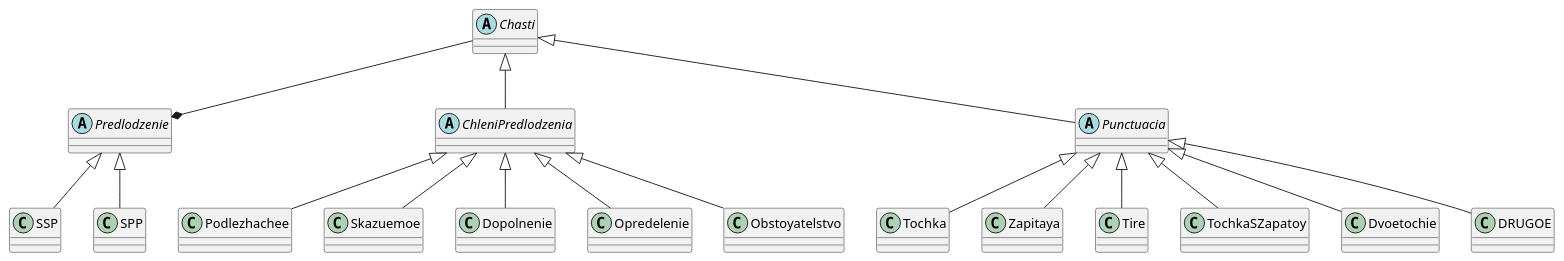
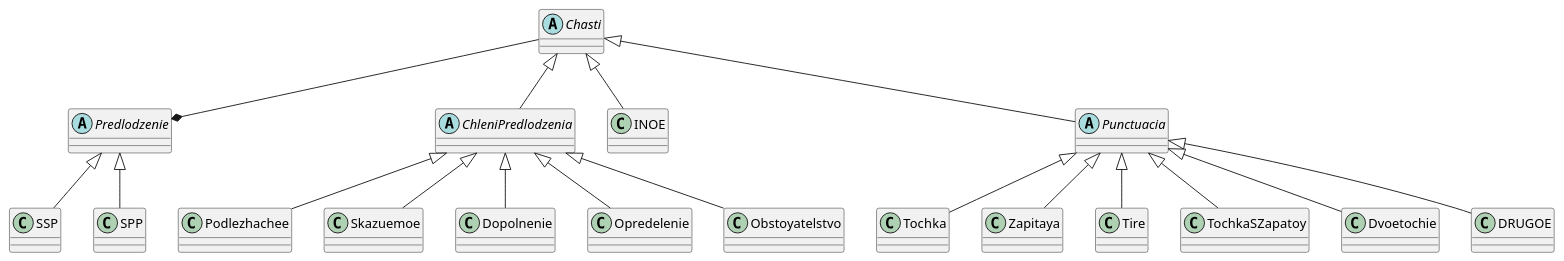
Before and after one commit to iipokypatop/misot: the diagram in src/RussianSyntacsis/Predlozhenie/uml.puml, drawn with PlantUML.

Commit message:
Построение UML диаграммы

```diff
--- a/src/RussianSyntacsis/Predlozhenie/uml.puml
+++ b/src/RussianSyntacsis/Predlozhenie/uml.puml
@@ -1,33 +1,35 @@
 @startuml
 
 abstract class Predlodzenie
 
 
 class SSP extends Predlodzenie
 
 class SPP extends Predlodzenie
 
 abstract class Chasti
 
 Chasti--*Predlodzenie
 
 abstract class ChleniPredlodzenia extends Chasti
+class INOE extends Chasti
+abstract class Punctuacia extends Chasti
 
-abstract class Punctuacia extends Chasti
+
 
 class Tochka extends Punctuacia
 class Zapitaya extends Punctuacia
 class Tire extends Punctuacia
 class TochkaSZapatoy extends Punctuacia
 class Dvoetochie extends Punctuacia
 class DRUGOE extends Punctuacia
 
 class Podlezhachee extends ChleniPredlodzenia
 class Skazuemoe extends ChleniPredlodzenia
 class Dopolnenie extends ChleniPredlodzenia
 class Opredelenie extends ChleniPredlodzenia
 class Obstoyatelstvo extends ChleniPredlodzenia
 
 
 
 @enduml
```
